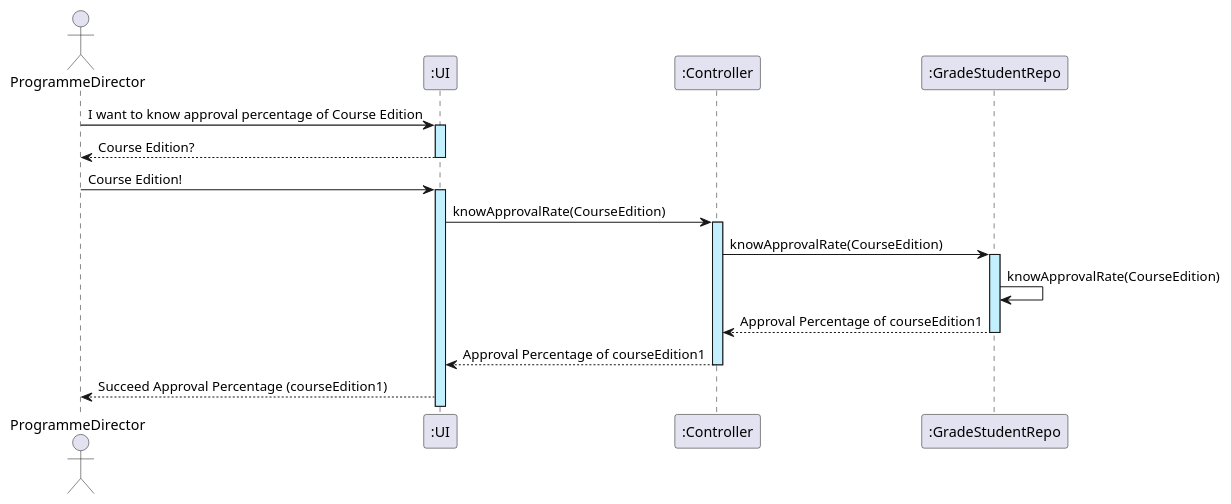
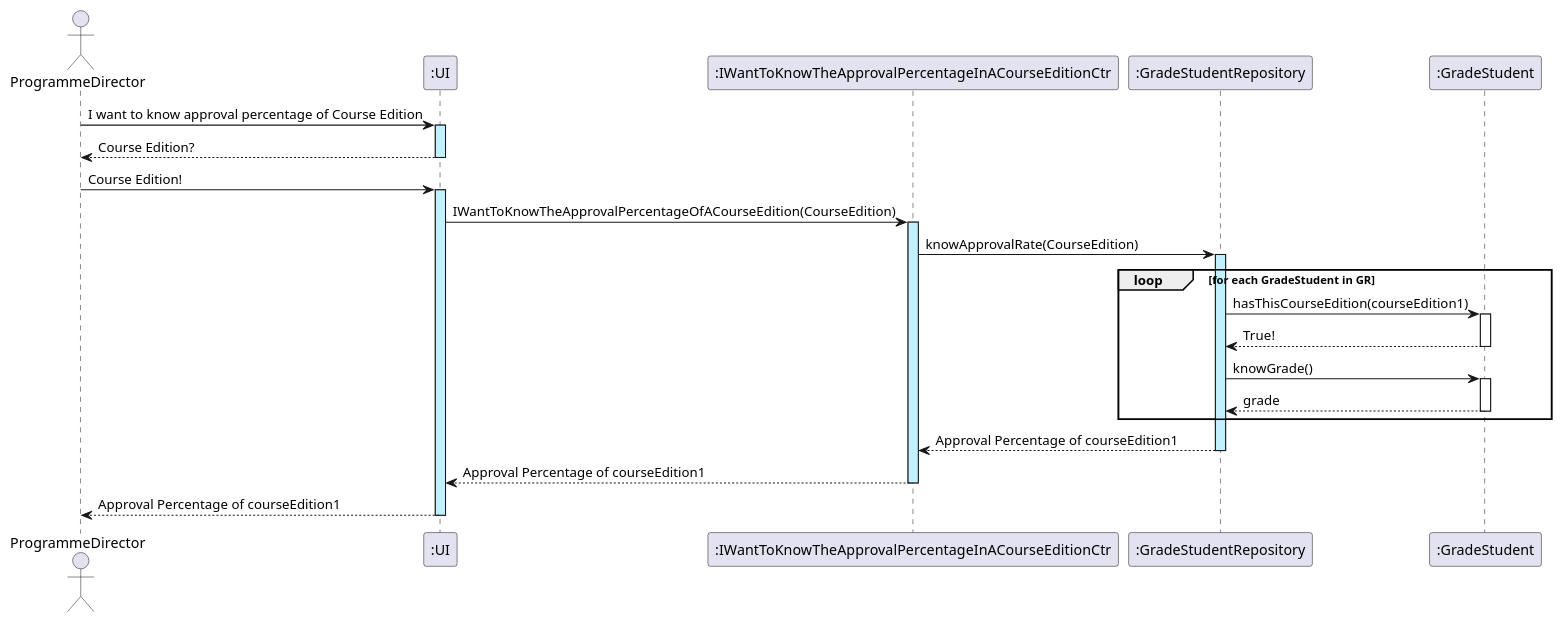
Before and after one commit to GasparISEP/DevOps-PAI: the diagram in docs/sequenceDiagrams/US23/US23_IWantToKnowTheApprovalPercentageOfACourseEdition.puml, drawn with PlantUML. The commit also changed 1 other file, not shown here.

Commit message:
-US23 Updated Sequence Diagram

```diff
--- a/docs/sequenceDiagrams/US23/US23_IWantToKnowTheApprovalPercentageOfACourseEdition.puml
+++ b/docs/sequenceDiagrams/US23/US23_IWantToKnowTheApprovalPercentageOfACourseEdition.puml
@@ -1,22 +1,34 @@
 @startuml
 actor ProgrammeDirector
-
-participant ":UI" as S
-participant ":Controller" as C
-participant ":GradeStudentRepo" as GSR
-
-ProgrammeDirector -> S ++ #application: I want to know approval percentage of Course Edition
-S --> ProgrammeDirector -- : Course Edition?
-ProgrammeDirector -> S ++ #application: Course Edition!
-S -> C ++ #application: knowApprovalRate(CourseEdition)
-C -> GSR ++ #application : knowApprovalRate(CourseEdition)
-
-GSR -> GSR : knowApprovalRate(CourseEdition)
-GSR --> C --: Approval Percentage of courseEdition1
-
-C --> S --: Approval Percentage of courseEdition1
-
-S --> ProgrammeDirector : Succeed Approval Percentage (courseEdition1)
+participant ":UI" as UI
+participant ":IWantToKnowTheApprovalPercentageInACourseEditionCtr" as KA
+participant ":GradeStudentRepository" as GR
+participant ":GradeStudent" as GradeStudent
 
 
+ProgrammeDirector -> UI ++ #application: I want to know approval percentage of Course Edition
+UI --> ProgrammeDirector -- : Course Edition?
+ProgrammeDirector -> UI ++ #application: Course Edition!
+UI -> KA ++ #application : IWantToKnowTheApprovalPercentageOfACourseEdition(CourseEdition)
+KA -> GR ++ #application : knowApprovalRate(CourseEdition)
+
+
+
+loop for each GradeStudent in GR
+    GR -> GradeStudent : hasThisCourseEdition(courseEdition1)
+    activate GradeStudent
+    GradeStudent --> GR : True!
+    deactivate GradeStudent
+
+    GR -> GradeStudent : knowGrade()
+    activate GradeStudent
+    GradeStudent --> GR : grade
+    deactivate GradeStudent
+end
+
+
+GR --> KA --: Approval Percentage of courseEdition1
+KA --> UI --: Approval Percentage of courseEdition1
+UI --> ProgrammeDirector --: Approval Percentage of courseEdition1
+
 @enduml
```
